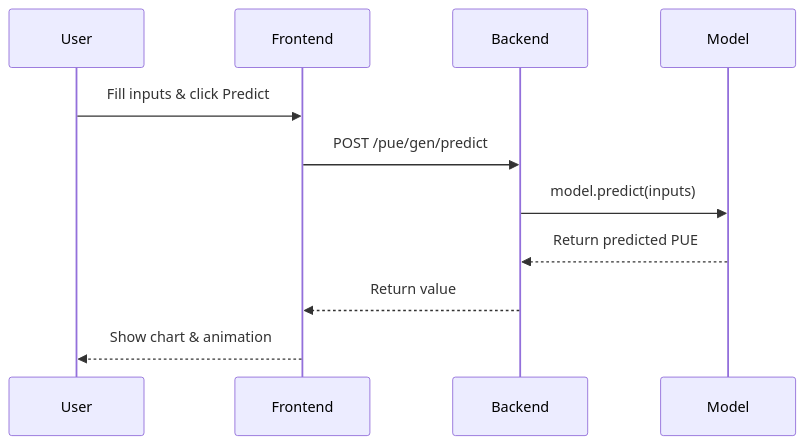
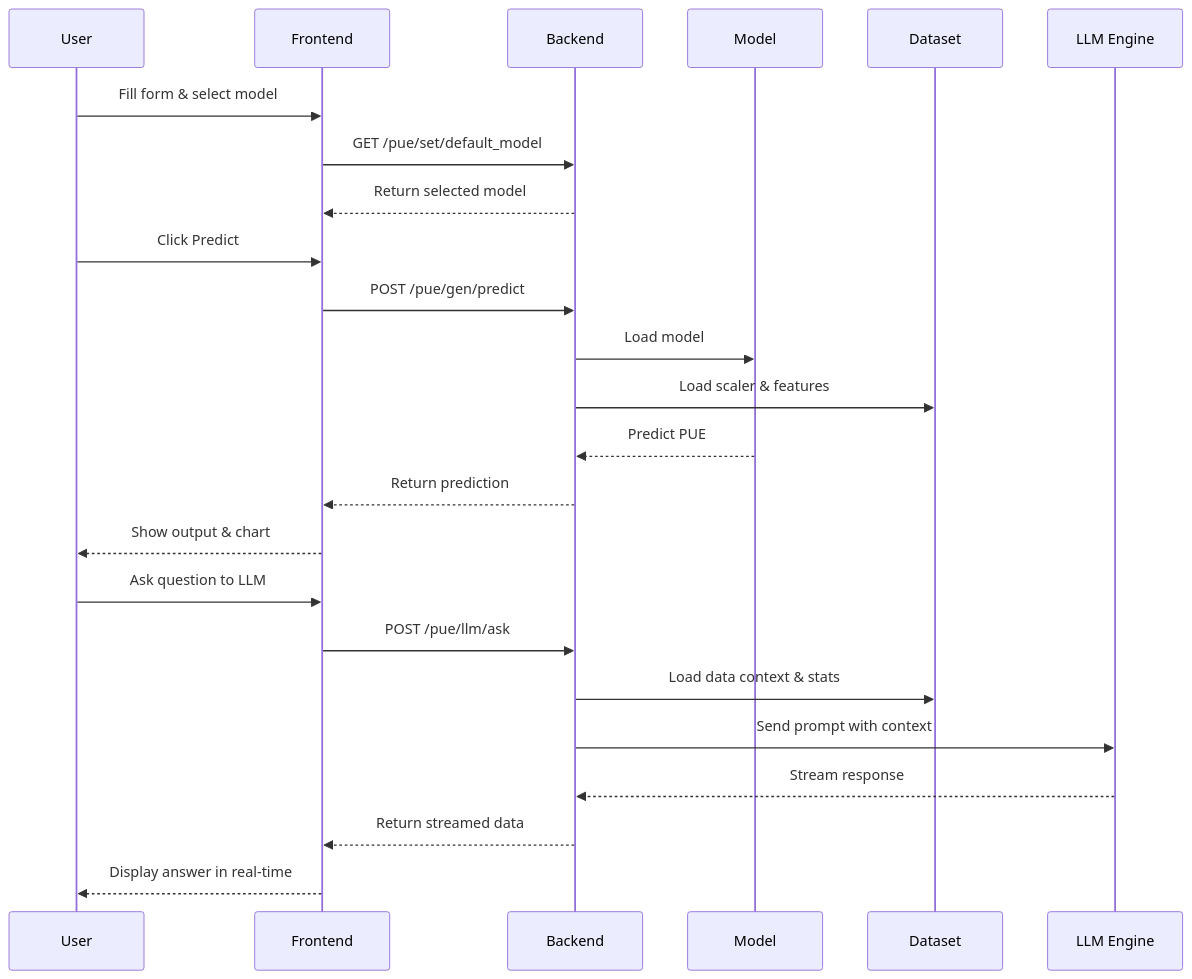
Before and after one commit to dflores0806/PULSE: the second of 2 diagrams in README.md, drawn with Mermaid. The commit also changed other lines of this file, not shown here.

````diff
--- a/README.md
+++ b/README.md
@@ -198,13 +224,31 @@
 ```mermaid
 sequenceDiagram
-    participant U as User
-    participant FE as Frontend
-    participant BE as Backend
-    participant ML as Model
-    U->>FE: Fill inputs & click Predict
-    FE->>BE: POST /pue/gen/predict
-    BE->>ML: model.predict(inputs)
-    ML-->>BE: Return predicted PUE
-    BE-->>FE: Return value
-    FE-->>U: Show chart & animation
+    participant User
+    participant Frontend
+    participant Backend
+    participant Model
+    participant Dataset
+    participant LLM as LLM Engine
+
+    %% PUE Prediction
+    User->>Frontend: Fill form & select model
+    Frontend->>Backend: GET /pue/set/default_model
+    Backend-->>Frontend: Return selected model
+
+    User->>Frontend: Click Predict
+    Frontend->>Backend: POST /pue/gen/predict
+    Backend->>Model: Load model
+    Backend->>Dataset: Load scaler & features
+    Model-->>Backend: Predict PUE
+    Backend-->>Frontend: Return prediction
+    Frontend-->>User: Show output & chart
+
+    %% LLM Assistant
+    User->>Frontend: Ask question to LLM
+    Frontend->>Backend: POST /pue/llm/ask
+    Backend->>Dataset: Load data context & stats
+    Backend->>LLM: Send prompt with context
+    LLM-->>Backend: Stream response
+    Backend-->>Frontend: Return streamed data
+    Frontend-->>User: Display answer in real-time
 ```
````
